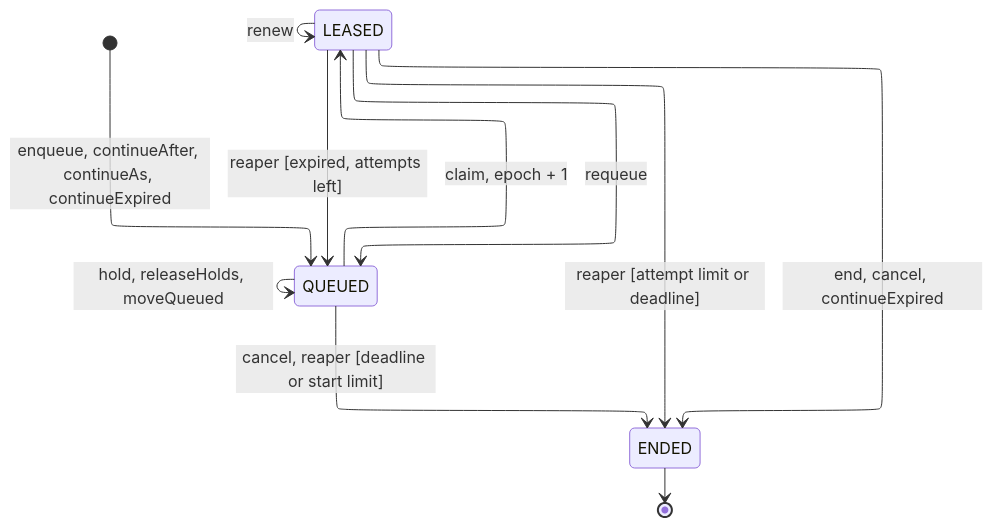
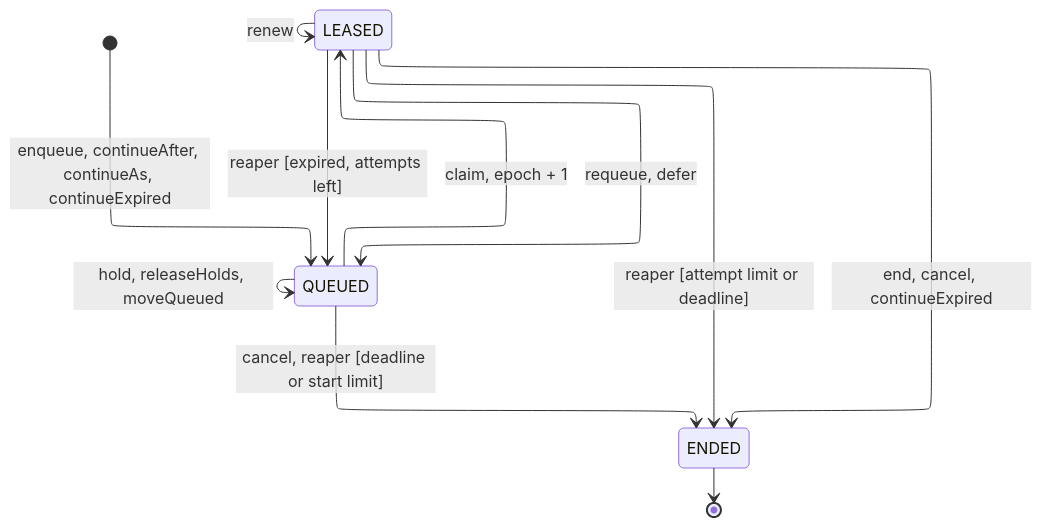
One commit to hephaestus-build/Hephaestus changed the first of 4 diagrams in docs/contributor/agent-runs.mdx. Above: the diagram before and after it, drawn with Mermaid. The commit also changed other lines of this file and 13 other files, not shown here.

Commit message:
fix(server): a run that its claim cannot start keeps its place in the queue

````diff
--- a/docs/contributor/agent-runs.mdx
+++ b/docs/contributor/agent-runs.mdx
@@ -48,20 +48,20 @@
 ```mermaid
 ---
 config:
   layout: elk
 ---
 stateDiagram-v2
     direction TB
     accTitle: Lifecycle of an agent run
-    accDescr: enqueue or a continuation creates a run in QUEUED. A hold, a release of holds or a move to another subject keeps it QUEUED. A claim leases it and raises its epoch. A renewal keeps it LEASED. The holder's requeue, or the reaper for an expired lease with attempts left, queues it again. It ends by the holder's end, by a cancel, by a replacement when its continuation takes over an expired lease, or by the reaper at its attempt limit or deadline. A queued run ends by a cancel, or by the reaper past its deadline or start limit.
+    accDescr: enqueue or a continuation creates a run in QUEUED. A hold, a release of holds or a move to another subject keeps it QUEUED. A claim leases it and raises its epoch. A renewal keeps it LEASED. The holder's requeue or deferral, or the reaper for an expired lease with attempts left, queues it again. It ends by the holder's end, by a cancel, by a replacement when its continuation takes over an expired lease, or by the reaper at its attempt limit or deadline. A queued run ends by a cancel, or by the reaper past its deadline or start limit.
     [*] --> QUEUED: enqueue, continueAfter, continueAs, continueExpired
     QUEUED --> QUEUED: hold, releaseHolds, moveQueued
     QUEUED --> LEASED: claim, epoch + 1
     LEASED --> LEASED: renew
-    LEASED --> QUEUED: requeue
+    LEASED --> QUEUED: requeue, defer
     LEASED --> QUEUED: reaper [expired, attempts left]
     LEASED --> ENDED: end, cancel, continueExpired
     LEASED --> ENDED: reaper [attempt limit or deadline]
     QUEUED --> ENDED: cancel, reaper [deadline or start limit]
     ENDED --> [*]
 ```
````
